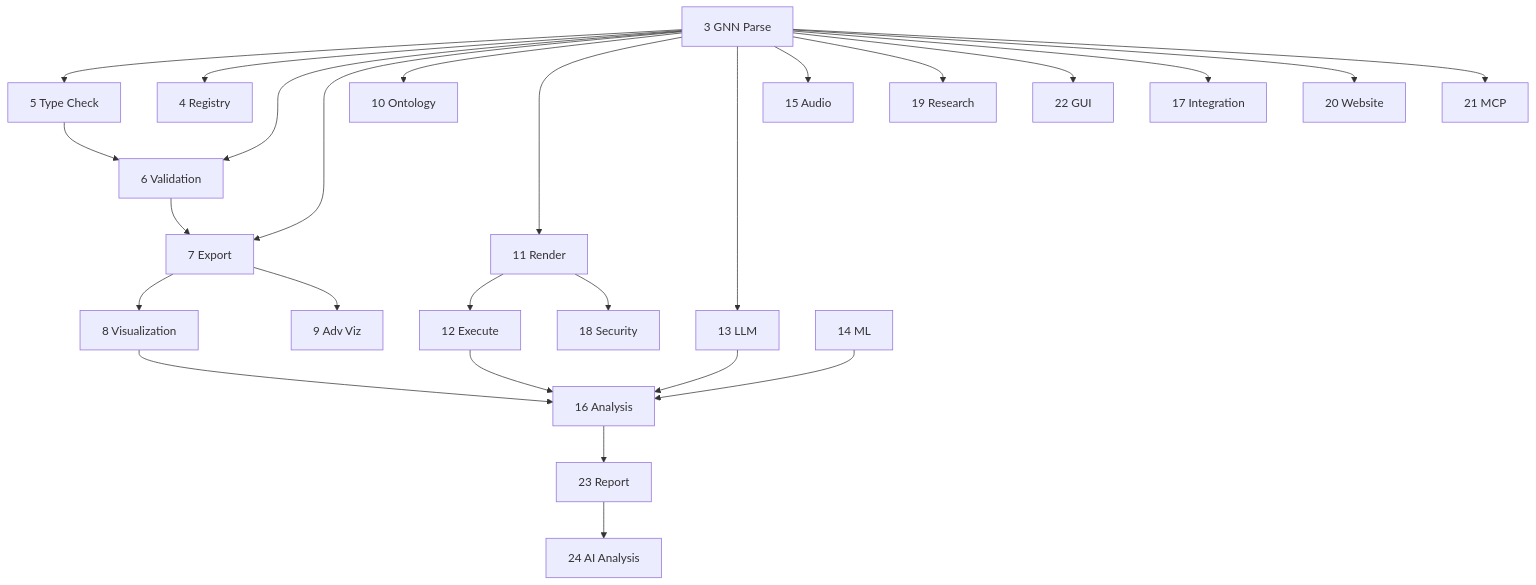
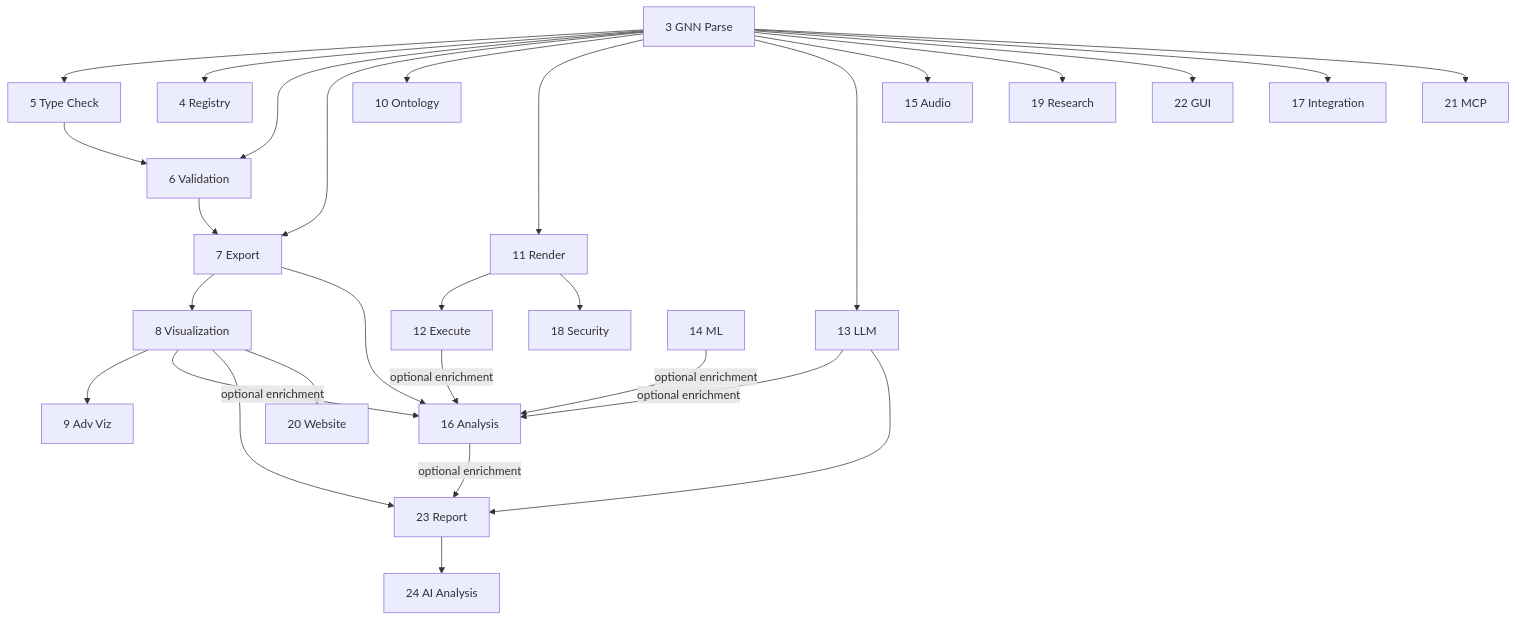
The second of 2 diagrams in src/STEP_INDEX.md (ActiveInferenceInstitute/GeneralizedNotationNotation), drawn with Mermaid before and after one commit. The commit also changed other lines of this file and 1845 other files, not shown here.

````diff
--- a/src/STEP_INDEX.md
+++ b/src/STEP_INDEX.md
@@ -125,36 +127,39 @@
 ```mermaid
 graph TD
     S3[3 GNN Parse] --> S5[5 Type Check]
     S3 --> S4[4 Registry]
     S3 --> S6[6 Validation]
     S3 --> S7[7 Export]
     S3 --> S10[10 Ontology]
     S3 --> S11[11 Render]
     S3 --> S13[13 LLM]
     S3 --> S15[15 Audio]
     S3 --> S19[19 Research]
     S3 --> S22[22 GUI]
 
     S5 --> S6
     S6 --> S7
     S7 --> S8[8 Visualization]
-    S7 --> S9[9 Adv Viz]
+    S8 --> S9[9 Adv Viz]
 
     S11 --> S12[12 Execute]
     S11 --> S18[18 Security]
 
-    S12 --> S16[16 Analysis]
-    S8 --> S16
-    S13 --> S16
+    S7 --> S16[16 Analysis]
+    S8 -->|"optional enrichment"| S16
+    S12 -->|"optional enrichment"| S16
+    S13 -->|"optional enrichment"| S16
 
-    S16 --> S23[23 Report]
-    S14[14 ML] --> S16
+    S8 --> S23[23 Report]
+    S13 --> S23
+    S16 -->|"optional enrichment"| S23
+    S14[14 ML] -->|"optional enrichment"| S16
 
     S3 --> S17[17 Integration]
-    S3 --> S20[20 Website]
+    S8 --> S20[20 Website]
     S3 --> S21[21 MCP]
 
     S23 --> S24[24 AI Analysis]
 
     %% styling intentionally omitted (theme-controlled)
 ```
````
